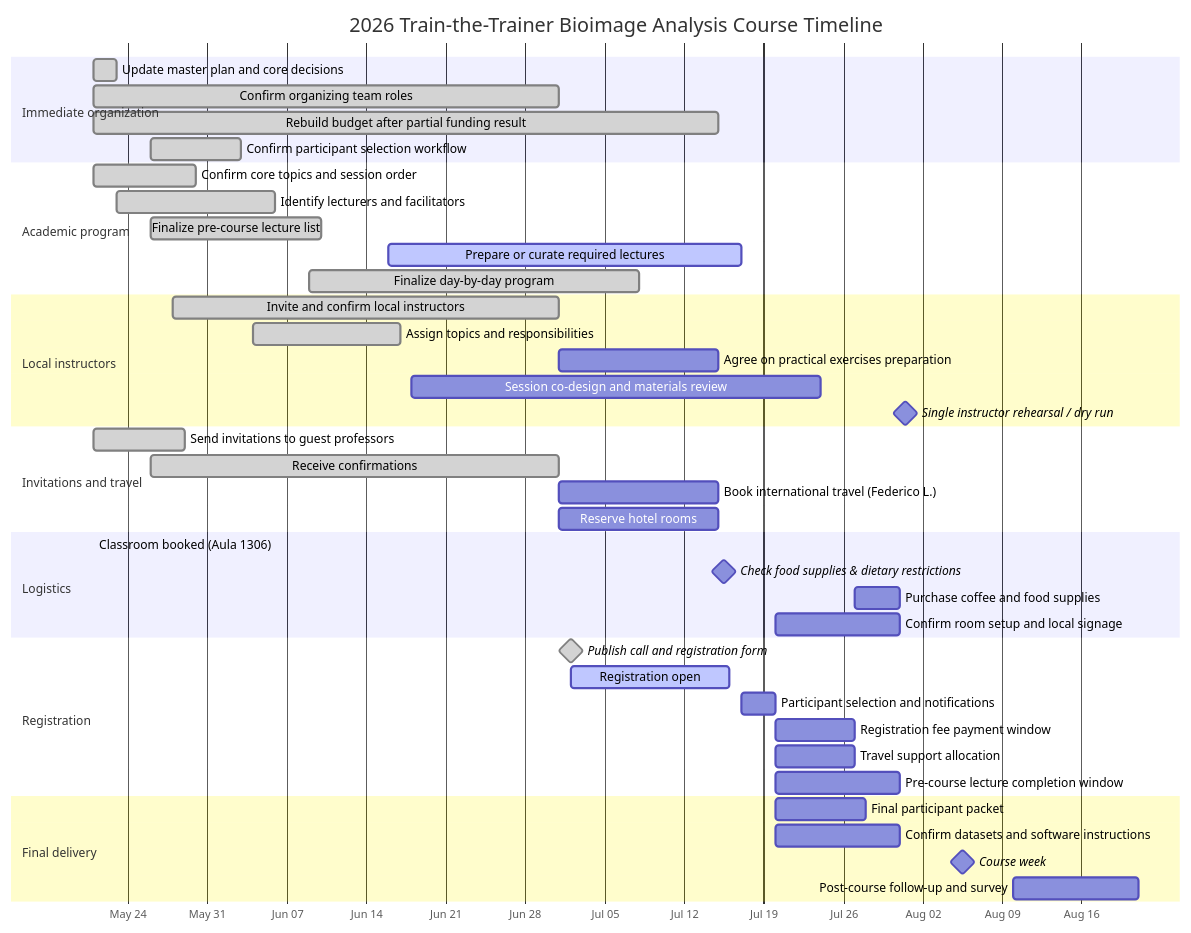
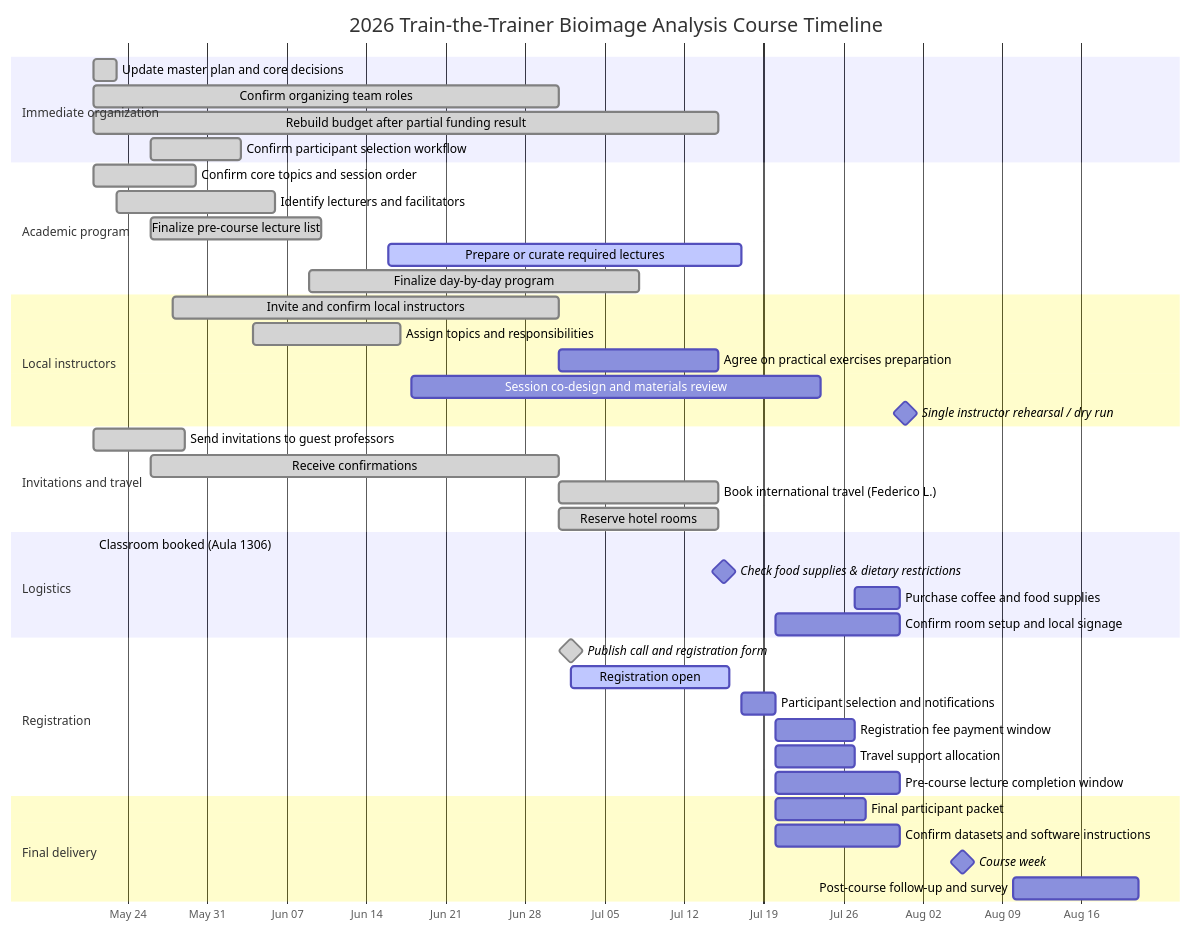
One commit to acorbat/2026_TtT_Course changed the diagram in COURSE_MASTER_PLAN.md. Above: the diagram before and after it, drawn with Mermaid. The commit also changed other lines of this file, not shown here.

````diff
--- a/COURSE_MASTER_PLAN.md
+++ b/COURSE_MASTER_PLAN.md
@@ -43,52 +43,52 @@
 ```mermaid
 gantt
     title 2026 Train-the-Trainer Bioimage Analysis Course Timeline
     dateFormat  YYYY-MM-DD
     axisFormat  %b %d
 
     section Immediate organization
     Update master plan and core decisions         :done, plan, 2026-05-21, 2026-05-23
     Confirm organizing team roles                 :done, roles, 2026-05-21, 2026-07-01
     Rebuild budget after partial funding result   :done, budget, 2026-05-21, 2026-07-15
     Confirm participant selection workflow        :done, selectionflow, 2026-05-26, 2026-06-03
 
     section Academic program
     Confirm core topics and session order         :done, topics, 2026-05-21, 2026-05-30
     Identify lecturers and facilitators           :done, lecturers, 2026-05-23, 2026-06-06
     Finalize pre-course lecture list              :done, prelist, 2026-05-26, 2026-06-10
     Prepare or curate required lectures           :active, prework, 2026-06-16, 2026-07-17
     Finalize day-by-day program                   :done, program, 2026-06-09, 2026-07-08
 
     section Local instructors
     Invite and confirm local instructors          :done, localinvite, 2026-05-28, 2026-07-01
     Assign topics and responsibilities            :done, localroles, 2026-06-04, 2026-06-17
     Agree on practical exercises preparation      :localexercises, 2026-07-01, 2026-07-15
     Session co-design and materials review        :localcodesign, 2026-06-18, 2026-07-24
     Single instructor rehearsal / dry run         :milestone, localrehearsal, 2026-07-31, 1d
 
     section Invitations and travel
     Send invitations to guest professors          :done, invite, 2026-05-21, 2026-05-29
     Receive confirmations                         :done, confirm, 2026-05-26, 2026-07-01
-    Book international travel (Federico L.)       :travel, 2026-07-01, 2026-07-15
-    Reserve hotel rooms                           :hotel, 2026-07-01, 2026-07-15
+    Book international travel (Federico L.)       :done, travel, 2026-07-01, 2026-07-15
+    Reserve hotel rooms                           :done, hotel, 2026-07-01, 2026-07-15
 
     section Logistics
     Classroom booked (Aula 1306)                  :done, classroom, 2026-05-21, 2026-05-21
     Check food supplies & dietary restrictions    :milestone, cateringcheck, 2026-07-15, 1d
     Purchase coffee and food supplies             :cateringpurchase, 2026-07-27, 2026-07-31
     Confirm room setup and local signage          :roomfinal, 2026-07-20, 2026-07-31
 
     section Registration
     Publish call and registration form            :done, milestone, call, 2026-07-02, 0d
     Registration open                             :active, regopen, 2026-07-02, 2026-07-16
     Participant selection and notifications       :selection, 2026-07-17, 2026-07-20
     Registration fee payment window               :payment, 2026-07-20, 2026-07-27
     Travel support allocation                     :support, 2026-07-20, 2026-07-27
     Pre-course lecture completion window          :lecturewindow, 2026-07-20, 2026-07-31
 
     section Final delivery
     Final participant packet                      :packet, 2026-07-20, 2026-07-28
     Confirm datasets and software instructions    :software, 2026-07-20, 2026-07-31
     Course week                                   :milestone, course, 2026-08-03, 5d
     Post-course follow-up and survey              :followup, 2026-08-10, 2026-08-21
 ```
````
